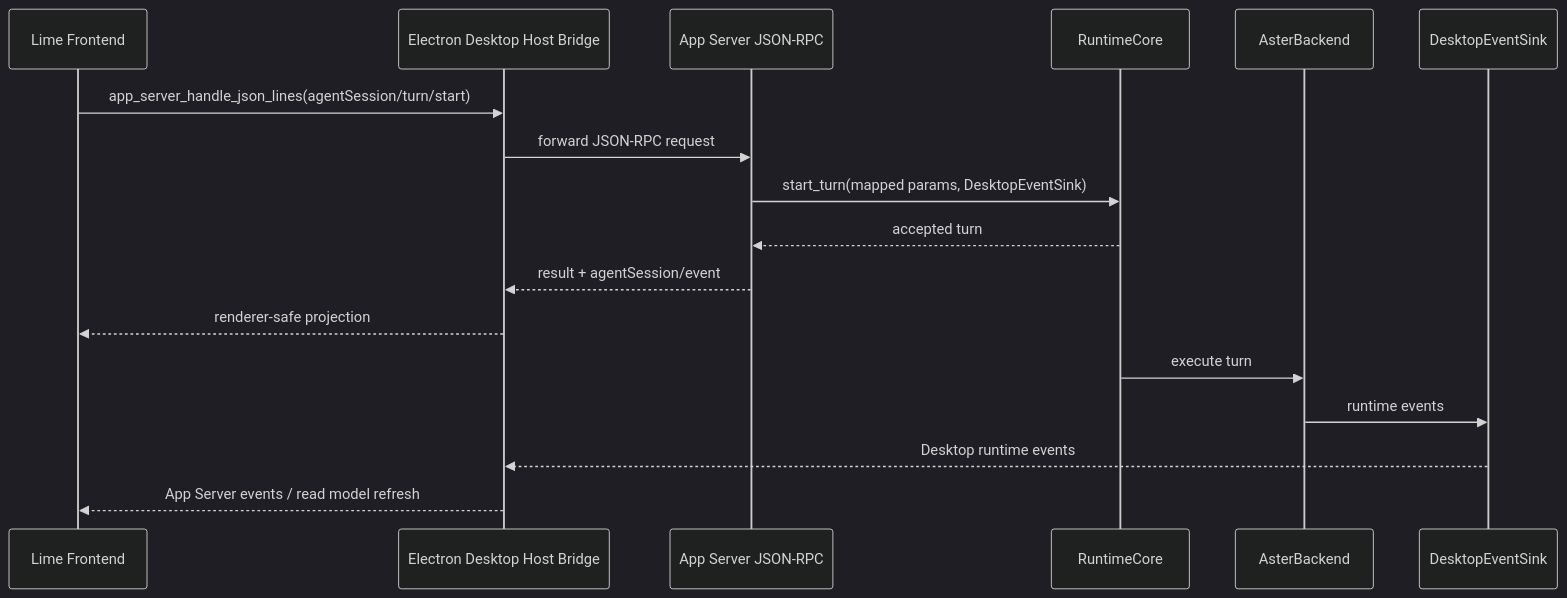
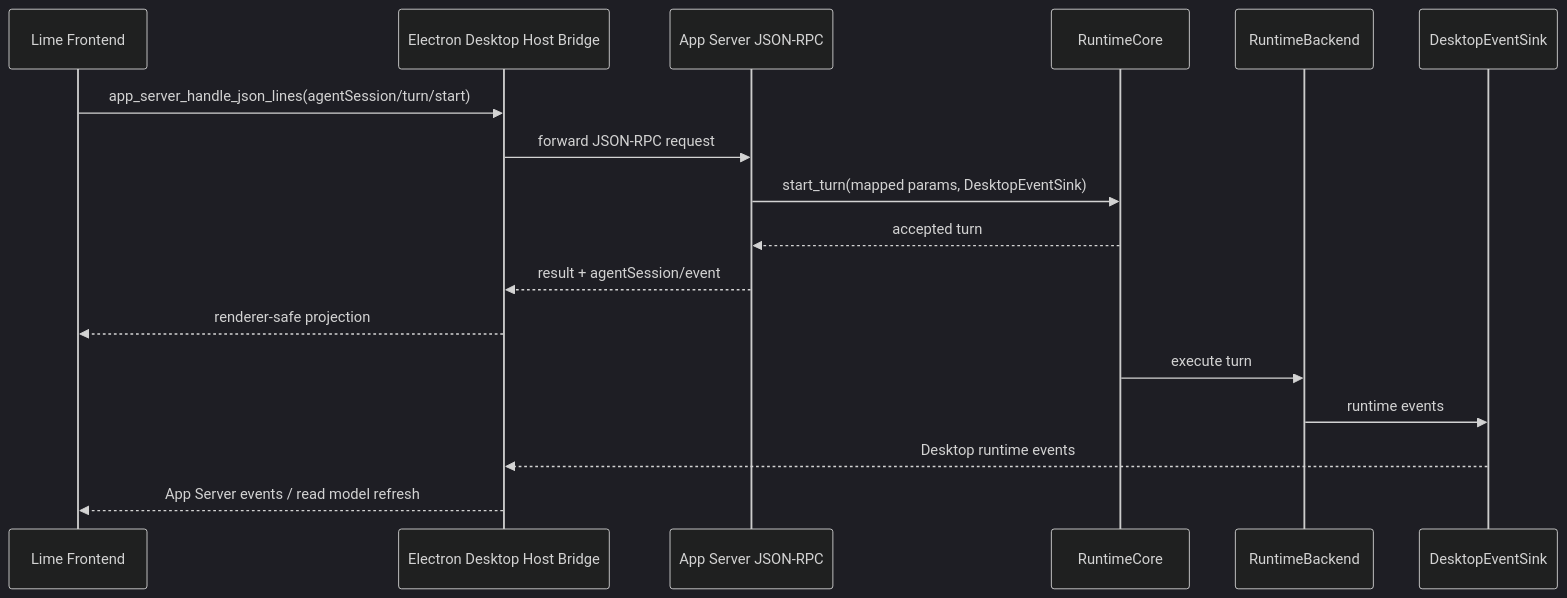
Before and after one commit to jiujuan/lime: the sixth of 9 diagrams in internal/roadmap/appserver/sequences.md, drawn with Mermaid (dark theme). The commit also changed 975 other files, not shown here.

````diff
--- a/internal/roadmap/appserver/sequences.md
+++ b/internal/roadmap/appserver/sequences.md
@@ -132,20 +132,20 @@
 ```mermaid
 sequenceDiagram
     participant FE as Lime Frontend
     participant Host as Electron Desktop Host Bridge
     participant Rpc as App Server JSON-RPC
     participant Service as RuntimeCore
-    participant Backend as AsterBackend
+    participant Backend as RuntimeBackend
     participant Sink as DesktopEventSink
 
     FE->>Host: app_server_handle_json_lines(agentSession/turn/start)
     Host->>Rpc: forward JSON-RPC request
     Rpc->>Service: start_turn(mapped params, DesktopEventSink)
     Service-->>Rpc: accepted turn
     Rpc-->>Host: result + agentSession/event
     Host-->>FE: renderer-safe projection
     Service->>Backend: execute turn
     Backend->>Sink: runtime events
     Sink-->>Host: Desktop runtime events
     Host-->>FE: App Server events / read model refresh
 ```
````
